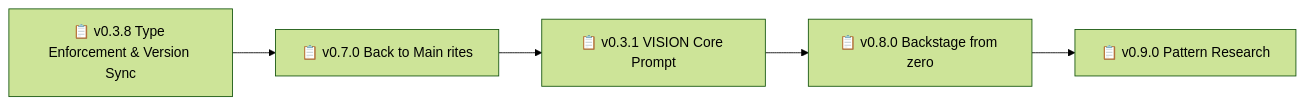
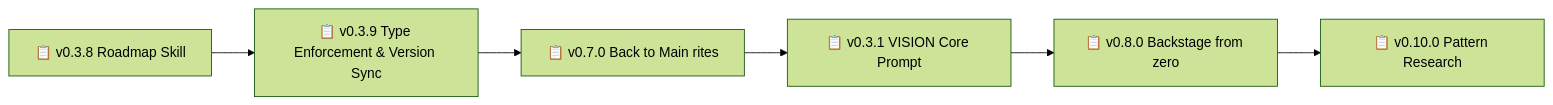
Before and after one commit to nonlinear/backstage: the diagram in backstage/ROADMAP.md, drawn with Mermaid (forest theme). The commit also changed other lines of this file, not shown here.

Commit message:
Add v0.3.8 Roadmap Skill epic, renumber following epics

````diff
--- a/backstage/ROADMAP.md
+++ b/backstage/ROADMAP.md
@@ -15,12 +15,14 @@
 ```mermaid
 graph LR
-    A[📋 v0.3.8 Type Enforcement & Version Sync]
-    B[📋 v0.7.0 Back to Main rites]
+    A[📋 v0.3.8 Roadmap Skill]
+    B[📋 v0.3.9 Type Enforcement & Version Sync]
     A --> B
-    C[📋 v0.3.1 VISION Core Prompt]
+    C[📋 v0.7.0 Back to Main rites]
     B --> C
-    D[📋 v0.8.0 Backstage from zero]
+    D[📋 v0.3.1 VISION Core Prompt]
     C --> D
-    E[📋 v0.9.0 Pattern Research]
+    E[📋 v0.8.0 Backstage from zero]
     D --> E
+    F[📋 v0.10.0 Pattern Research]
+    E --> F
 ```
````
